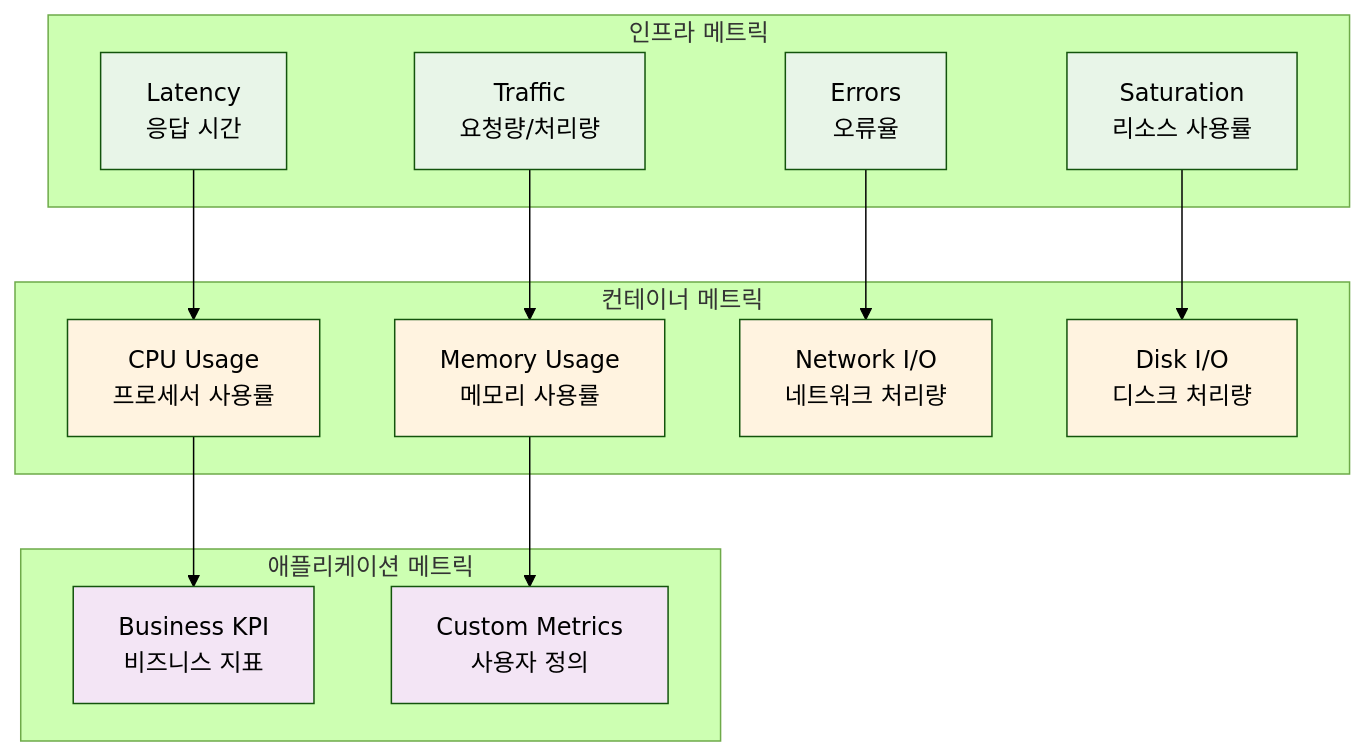
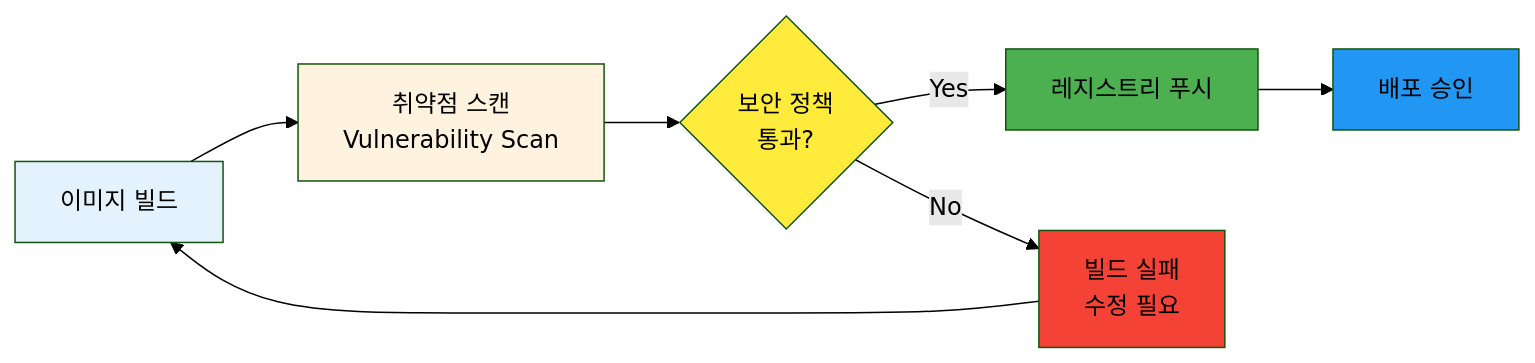
Before and after one commit to niceguy61/kdt_devops_lecture_2025: the third of 4 diagrams in theory/week_02/day3/session_1.md, drawn with Mermaid (forest theme). The commit also changed other lines of this file and 68 other files, not shown here.

````diff
--- a/theory/week_02/day3/session_1.md
+++ b/theory/week_02/day3/session_1.md
@@ -112,39 +86,16 @@
 ```mermaid
-graph TB
-    subgraph "인프라 메트릭"
-        A[Latency<br/>응답 시간]
-        B[Traffic<br/>요청량/처리량]
-        C[Errors<br/>오류율]
-        D[Saturation<br/>리소스 사용률]
-    end
+graph LR
+    A[이미지 빌드] --> B[취약점 스캔<br/>Vulnerability Scan]
+    B --> C{보안 정책<br/>통과?}
+    C -->|Yes| D[레지스트리 푸시]
+    C -->|No| E[빌드 실패<br/>수정 필요]
+    E --> A
+    D --> F[배포 승인]
     
-    subgraph "컨테이너 메트릭"
-        E[CPU Usage<br/>프로세서 사용률]
-        F[Memory Usage<br/>메모리 사용률]
-        G[Network I/O<br/>네트워크 처리량]
-        H[Disk I/O<br/>디스크 처리량]
-    end
-    
-    subgraph "애플리케이션 메트릭"
-        I[Business KPI<br/>비즈니스 지표]
-        J[Custom Metrics<br/>사용자 정의]
-    end
-    
-    A --> E
-    B --> F
-    C --> G
-    D --> H
-    E --> I
-    F --> J
-    
-    style A fill:#e8f5e8
-    style B fill:#e8f5e8
-    style C fill:#e8f5e8
-    style D fill:#e8f5e8
-    style E fill:#fff3e0
-    style F fill:#fff3e0
-    style G fill:#fff3e0
-    style H fill:#fff3e0
-    style I fill:#f3e5f5
-    style J fill:#f3e5f5
+    style A fill:#e3f2fd
+    style B fill:#fff3e0
+    style C fill:#ffeb3b
+    style D fill:#4caf50
+    style E fill:#f44336
+    style F fill:#2196f3
 ```
````
